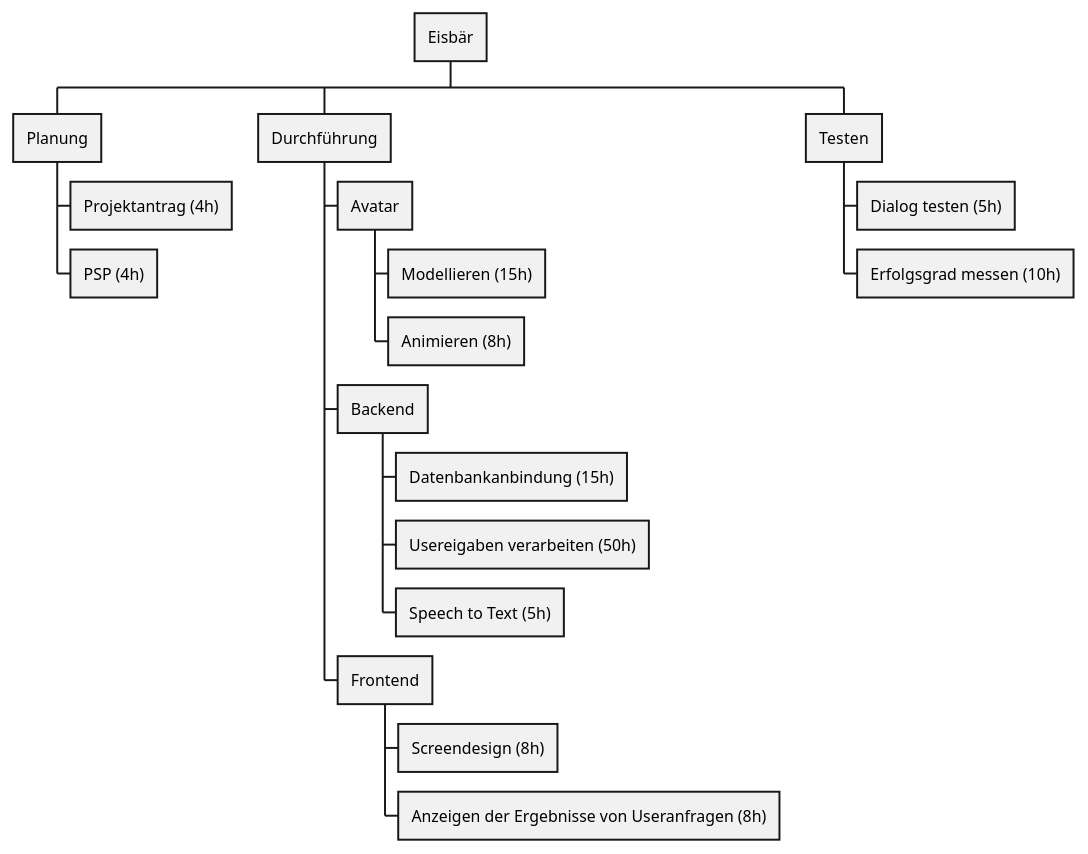
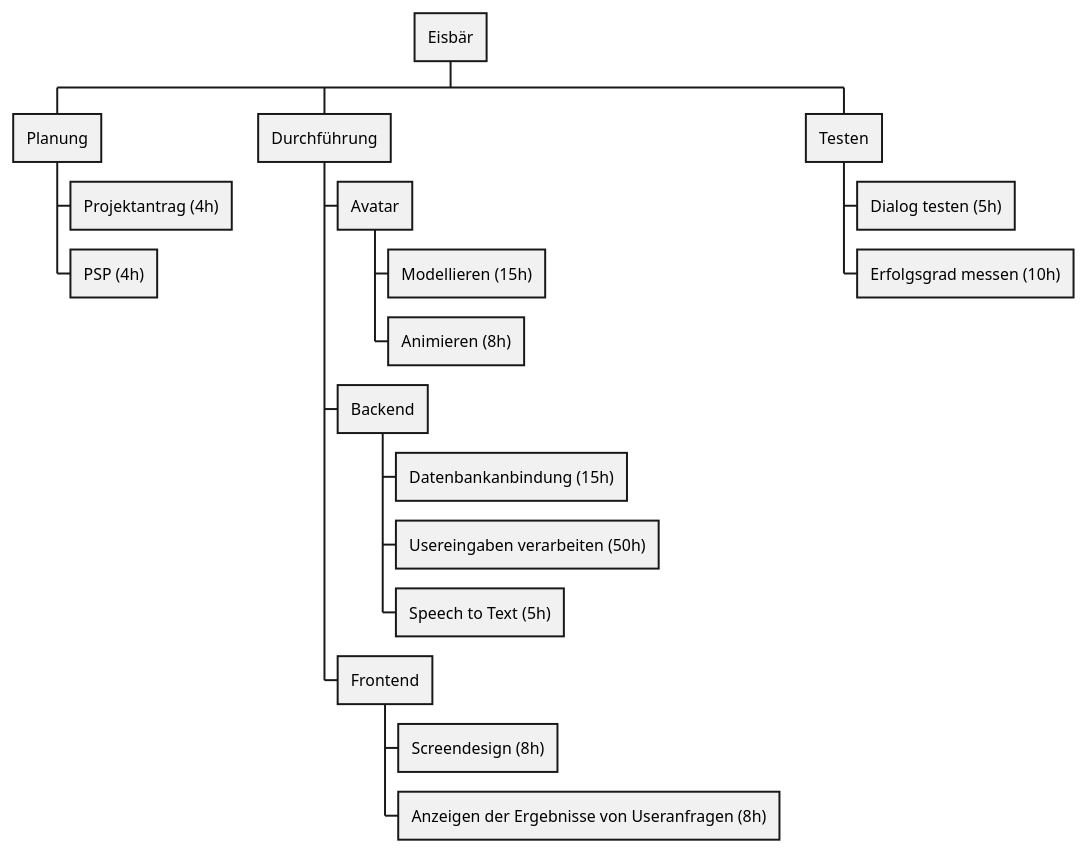
The diagram in documents/psp.puml (2425-4bhitm-itp/eisbaer), drawn with PlantUML before and after one commit.

Commit message:
changed typo in psp

```diff
--- a/documents/psp.puml
+++ b/documents/psp.puml
@@ -1,20 +1,20 @@
 @startwbs
 * Eisbär
 ** Planung
 *** Projektantrag (4h)
 *** PSP (4h)
 ** Durchführung
 *** Avatar
 **** Modellieren (15h)
 **** Animieren (8h)
 *** Backend
 **** Datenbankanbindung (15h)
-**** Usereigaben verarbeiten (50h)
+**** Usereingaben verarbeiten (50h)
 **** Speech to Text (5h)
 *** Frontend
 **** Screendesign (8h)
 **** Anzeigen der Ergebnisse von Useranfragen (8h)
 ** Testen
 *** Dialog testen (5h)
 *** Erfolgsgrad messen (10h)
 @endwbs
```
